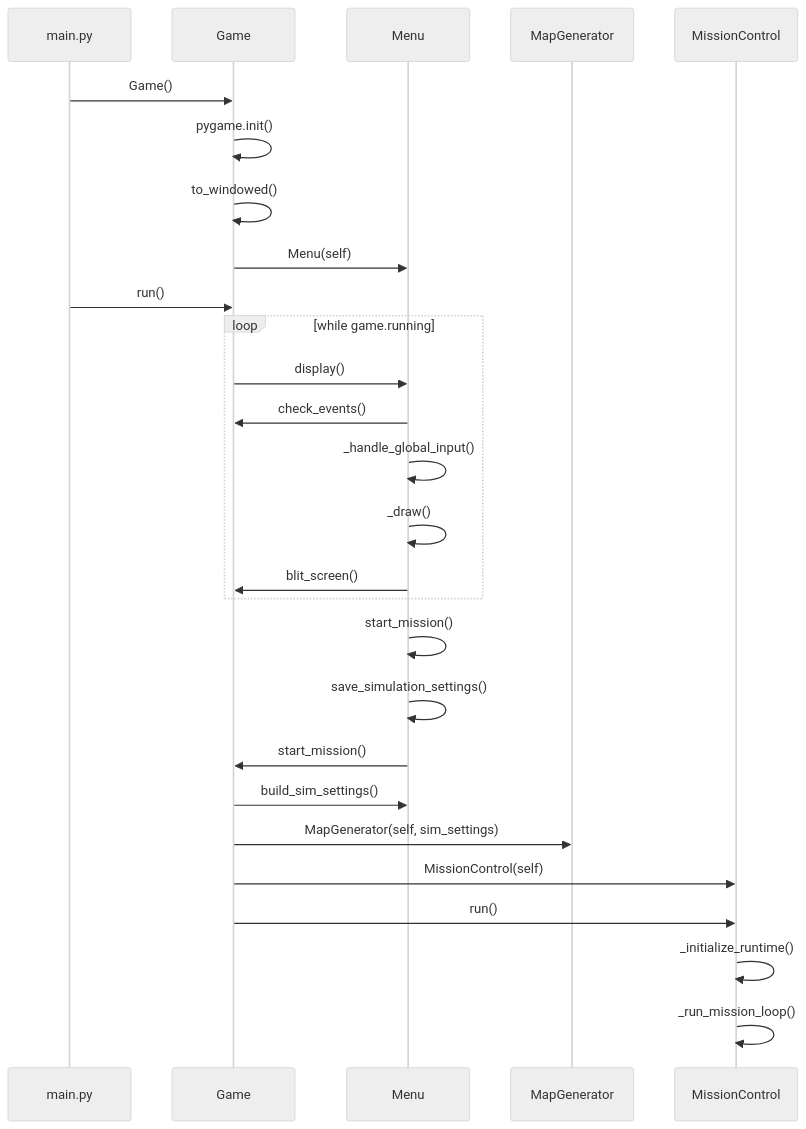
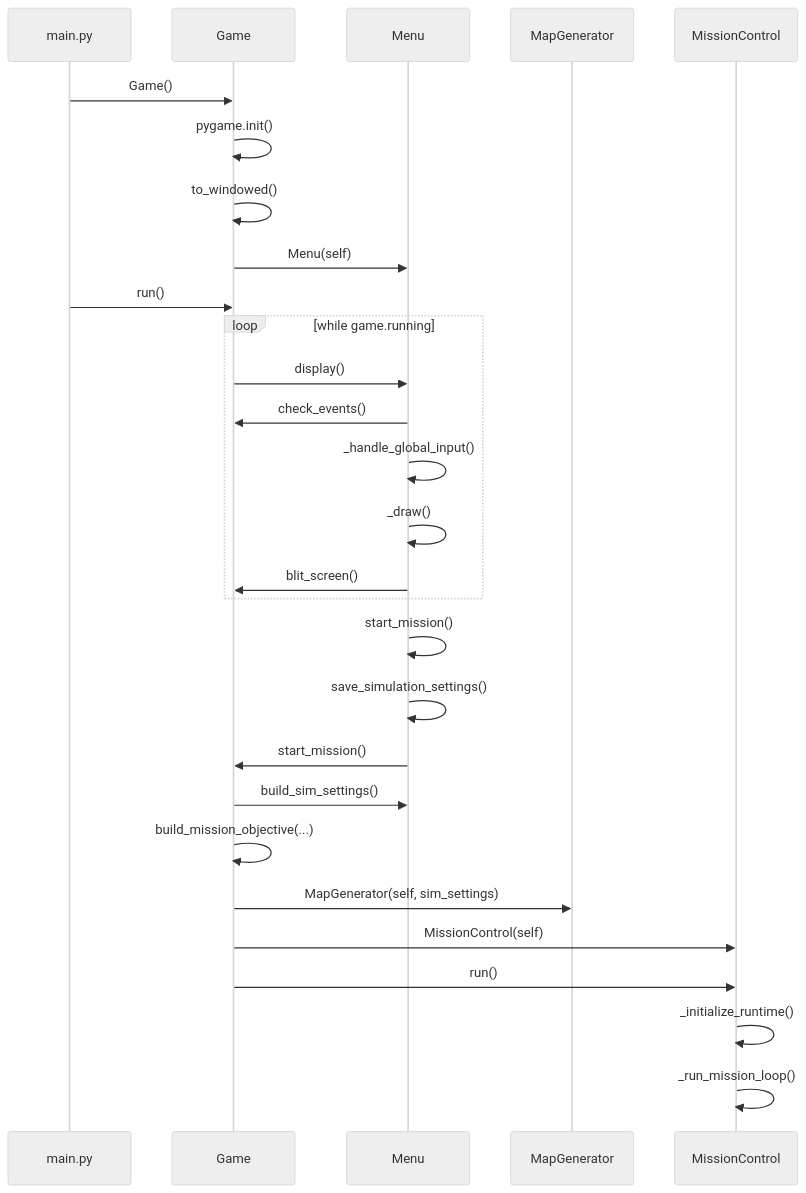
The second of 14 diagrams in CODEFLOW.md (Gmark117/Cave_Game), drawn with Mermaid (neutral theme) before and after one commit. The commit also changed other lines of this file and 101 other files, not shown here.

````diff
--- a/CODEFLOW.md
+++ b/CODEFLOW.md
@@ -80,30 +80,31 @@
 ```mermaid
 sequenceDiagram
     participant Main as main.py
     participant Game as Game
     participant Menu as Menu
     participant Map as MapGenerator
     participant MC as MissionControl
 
     Main->>Game: Game()
     Game->>Game: pygame.init()
     Game->>Game: to_windowed()
     Game->>Menu: Menu(self)
     Main->>Game: run()
     loop while game.running
         Game->>Menu: display()
         Menu->>Game: check_events()
         Menu->>Menu: _handle_global_input()
         Menu->>Menu: _draw()
         Menu->>Game: blit_screen()
     end
     Menu->>Menu: start_mission()
     Menu->>Menu: save_simulation_settings()
     Menu->>Game: start_mission()
     Game->>Menu: build_sim_settings()
+    Game->>Game: build_mission_objective(...)
     Game->>Map: MapGenerator(self, sim_settings)
     Game->>MC: MissionControl(self)
     Game->>MC: run()
     MC->>MC: _initialize_runtime()
     MC->>MC: _run_mission_loop()
 ```
````
